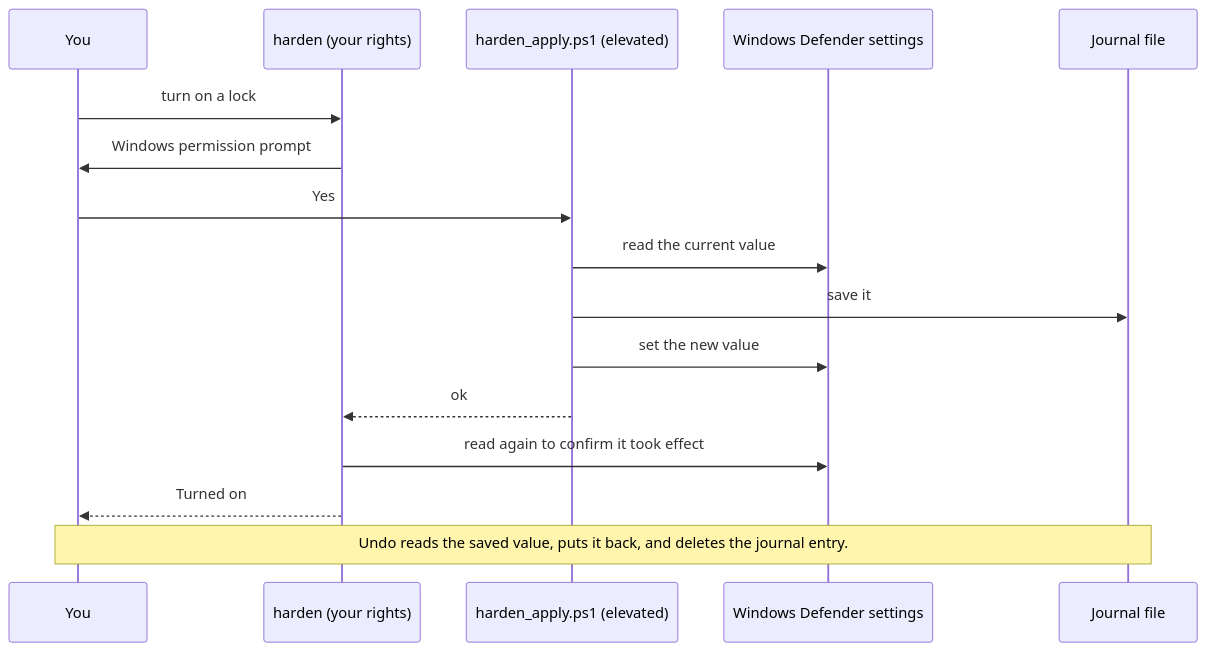
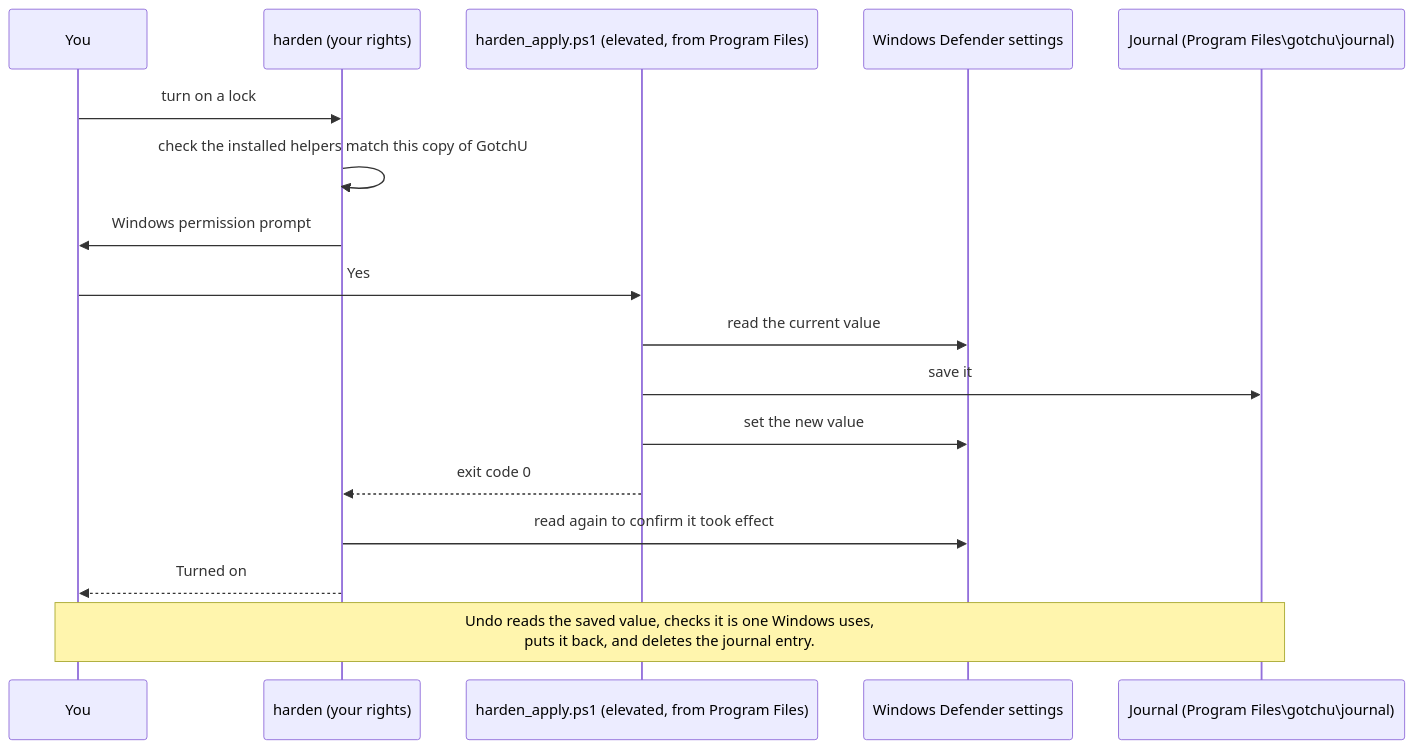
The fifth of 7 diagrams in docs/ARCHITECTURE.md (AnshMittal08/GotchU), drawn with Mermaid before and after one commit. The commit also changed other lines of this file and 5 other files, not shown here.

First line of the commit message:
Docs: Program Files helpers, decoy safety, setup command, licence

````diff
--- a/docs/ARCHITECTURE.md
+++ b/docs/ARCHITECTURE.md
@@ -141,18 +165,19 @@
 ```mermaid
 sequenceDiagram
     participant Y as You
     participant H as harden (your rights)
-    participant A as harden_apply.ps1 (elevated)
+    participant A as harden_apply.ps1 (elevated, from Program Files)
     participant D as Windows Defender settings
-    participant J as Journal file
+    participant J as Journal (Program Files\gotchu\journal)
     Y->>H: turn on a lock
+    H->>H: check the installed helpers match this copy of GotchU
     H->>Y: Windows permission prompt
     Y->>A: Yes
     A->>D: read the current value
     A->>J: save it
     A->>D: set the new value
-    A-->>H: ok
+    A-->>H: exit code 0
     H->>D: read again to confirm it took effect
     H-->>Y: Turned on
-    Note over Y,J: Undo reads the saved value, puts it back, and deletes the journal entry.
+    Note over Y,J: Undo reads the saved value, checks it is one Windows uses,<br/>puts it back, and deletes the journal entry.
 ```
````
